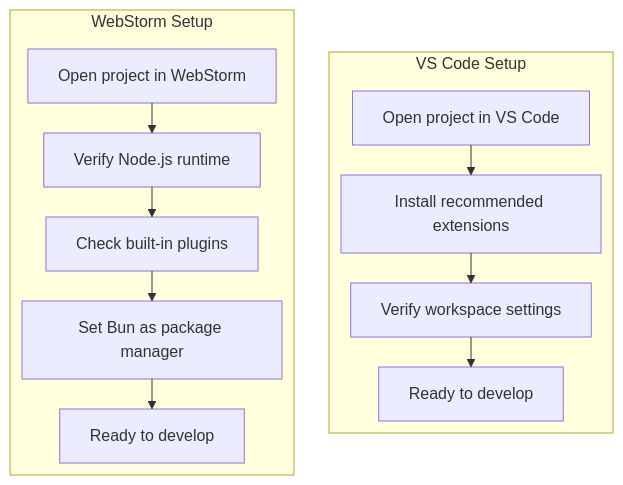
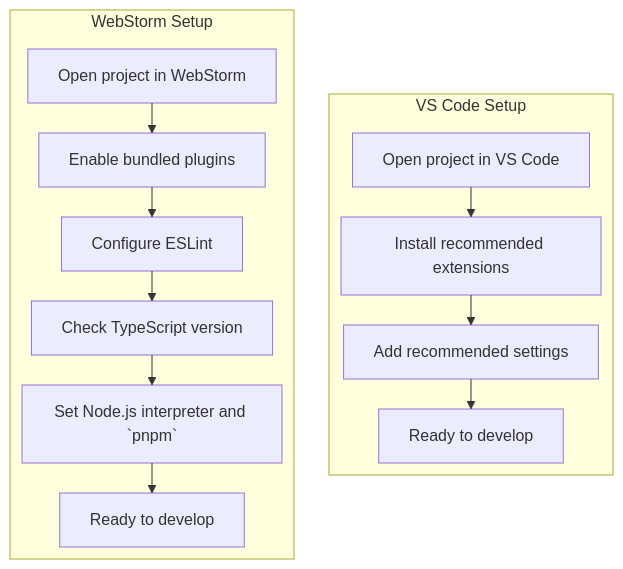
The third of 7 diagrams in GETTING-STARTED.md (tecapps/affirm), drawn with Mermaid before and after one commit. The commit also changed other lines of this file and 27 other files, not shown here.

````diff
--- a/GETTING-STARTED.md
+++ b/GETTING-STARTED.md
@@ -261,25 +263,26 @@
 ```mermaid
 ---
 config:
   layout: elk
 ---
 flowchart TD
     subgraph "VS Code Setup"
         V1["Open project in VS Code"]
         V2["Install recommended extensions"]
-        V3["Verify workspace settings"]
+        V3["Add recommended settings"]
         V4["Ready to develop"]
 
         V1 --> V2 --> V3 --> V4
     end
 
     subgraph "WebStorm Setup"
         W1["Open project in WebStorm"]
-        W2["Verify Node.js runtime"]
-        W3["Check built-in plugins"]
-        W4["Set Bun as package manager"]
-        W5["Ready to develop"]
+        W2["Enable bundled plugins"]
+        W3["Configure ESLint"]
+        W4["Check TypeScript version"]
+        W5["Set Node.js interpreter and `pnpm`"]
+        W6["Ready to develop"]
 
-        W1 --> W2 --> W3 --> W4 --> W5
+        W1 --> W2 --> W3 --> W4 --> W5 --> W6
     end
 ```
````
